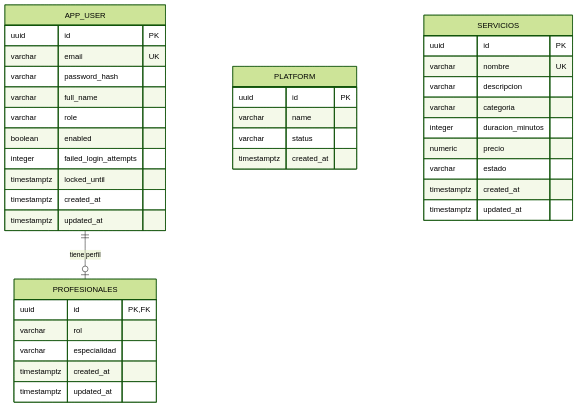
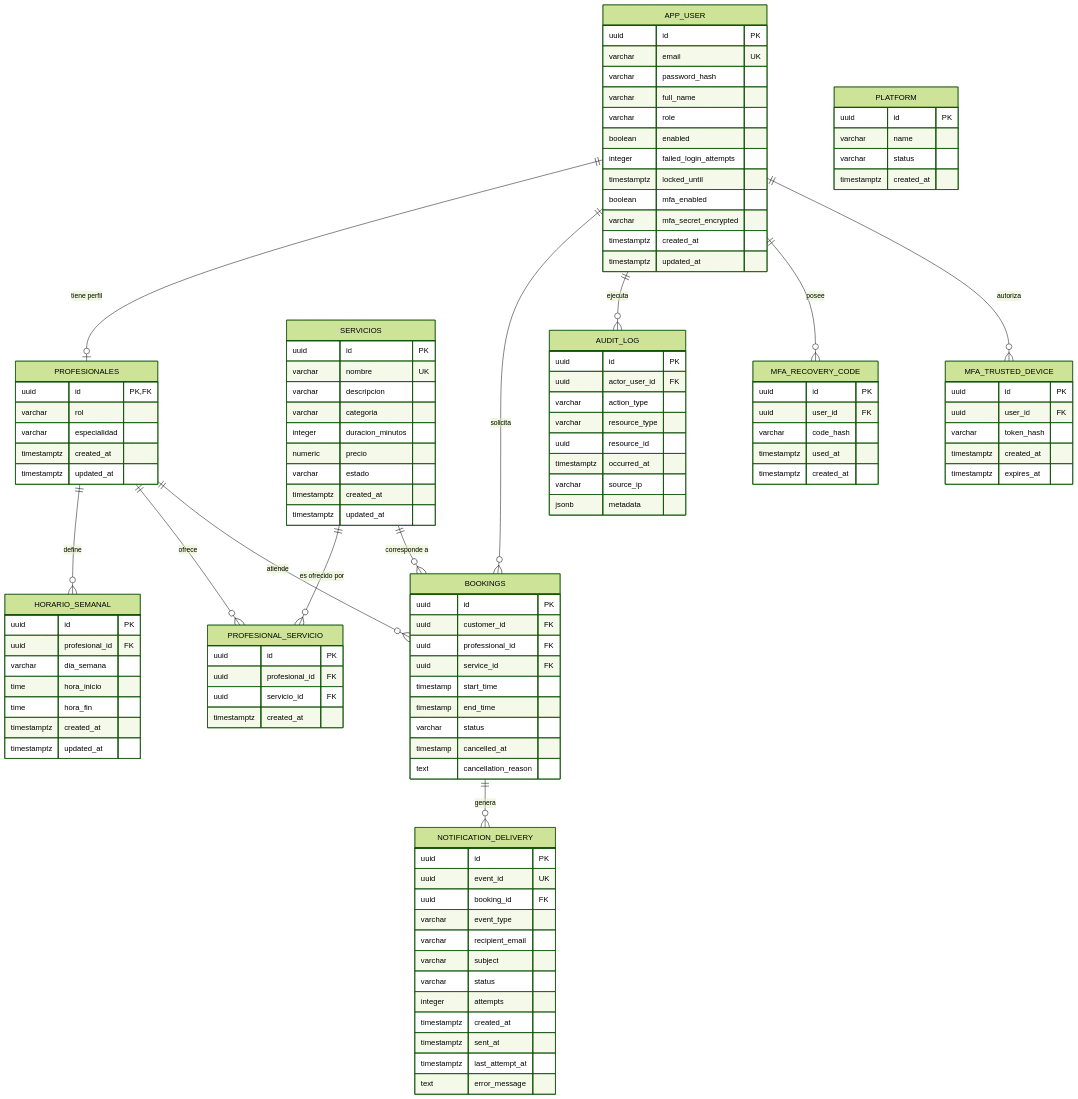
One commit to VGEle/entregable_base_de_datos_2026_2 changed the diagram in README.md. Above: the diagram before and after it, drawn with Mermaid (forest theme). The commit also changed other lines of this file and 13 other files, not shown here.

First line of the commit message:
Add storage analysis documentation, security roles, and schema updates for Sprint 2

````diff
--- a/README.md
+++ b/README.md
@@ -50,6 +32,16 @@
 ```mermaid
 erDiagram
     APP_USER ||--o| PROFESIONALES : "tiene perfil"
+    PROFESIONALES ||--o{ HORARIO_SEMANAL : "define"
+    PROFESIONALES ||--o{ PROFESIONAL_SERVICIO : "ofrece"
+    SERVICIOS ||--o{ PROFESIONAL_SERVICIO : "es ofrecido por"
+    APP_USER ||--o{ BOOKINGS : "solicita"
+    PROFESIONALES ||--o{ BOOKINGS : "atiende"
+    SERVICIOS ||--o{ BOOKINGS : "corresponde a"
+    BOOKINGS ||--o{ NOTIFICATION_DELIVERY : "genera"
+    APP_USER ||--o{ AUDIT_LOG : "ejecuta"
+    APP_USER ||--o{ MFA_RECOVERY_CODE : "posee"
+    APP_USER ||--o{ MFA_TRUSTED_DEVICE : "autoriza"
 
     APP_USER {
         uuid id PK
@@ -60,25 +52,17 @@
         boolean enabled
         integer failed_login_attempts
         timestamptz locked_until
+        boolean mfa_enabled
+        varchar mfa_secret_encrypted
         timestamptz created_at
         timestamptz updated_at
     }
-
-    PROFESIONALES {
-        uuid id PK, FK
-        varchar rol
-        varchar especialidad
-        timestamptz created_at
-        timestamptz updated_at
-    }
-
     PLATFORM {
         uuid id PK
         varchar name
         varchar status
         timestamptz created_at
     }
-
     SERVICIOS {
         uuid id PK
         varchar nombre UK
@@ -90,4 +74,75 @@
         timestamptz created_at
         timestamptz updated_at
     }
+    PROFESIONALES {
+        uuid id PK, FK
+        varchar rol
+        varchar especialidad
+        timestamptz created_at
+        timestamptz updated_at
+    }
+    HORARIO_SEMANAL {
+        uuid id PK
+        uuid profesional_id FK
+        varchar dia_semana
+        time hora_inicio
+        time hora_fin
+        timestamptz created_at
+        timestamptz updated_at
+    }
+    PROFESIONAL_SERVICIO {
+        uuid id PK
+        uuid profesional_id FK
+        uuid servicio_id FK
+        timestamptz created_at
+    }
+    BOOKINGS {
+        uuid id PK
+        uuid customer_id FK
+        uuid professional_id FK
+        uuid service_id FK
+        timestamp start_time
+        timestamp end_time
+        varchar status
+        timestamp cancelled_at
+        text cancellation_reason
+    }
+    AUDIT_LOG {
+        uuid id PK
+        uuid actor_user_id FK
+        varchar action_type
+        varchar resource_type
+        uuid resource_id
+        timestamptz occurred_at
+        varchar source_ip
+        jsonb metadata
+    }
+    MFA_RECOVERY_CODE {
+        uuid id PK
+        uuid user_id FK
+        varchar code_hash
+        timestamptz used_at
+        timestamptz created_at
+    }
+    MFA_TRUSTED_DEVICE {
+        uuid id PK
+        uuid user_id FK
+        varchar token_hash
+        timestamptz created_at
+        timestamptz expires_at
+    }
+    NOTIFICATION_DELIVERY {
+        uuid id PK
+        uuid event_id UK
+        uuid booking_id FK
+        varchar event_type
+        varchar recipient_email
+        varchar subject
+        varchar status
+        integer attempts
+        timestamptz created_at
+        timestamptz sent_at
+        timestamptz last_attempt_at
+        text error_message
+    }
 ```
````
